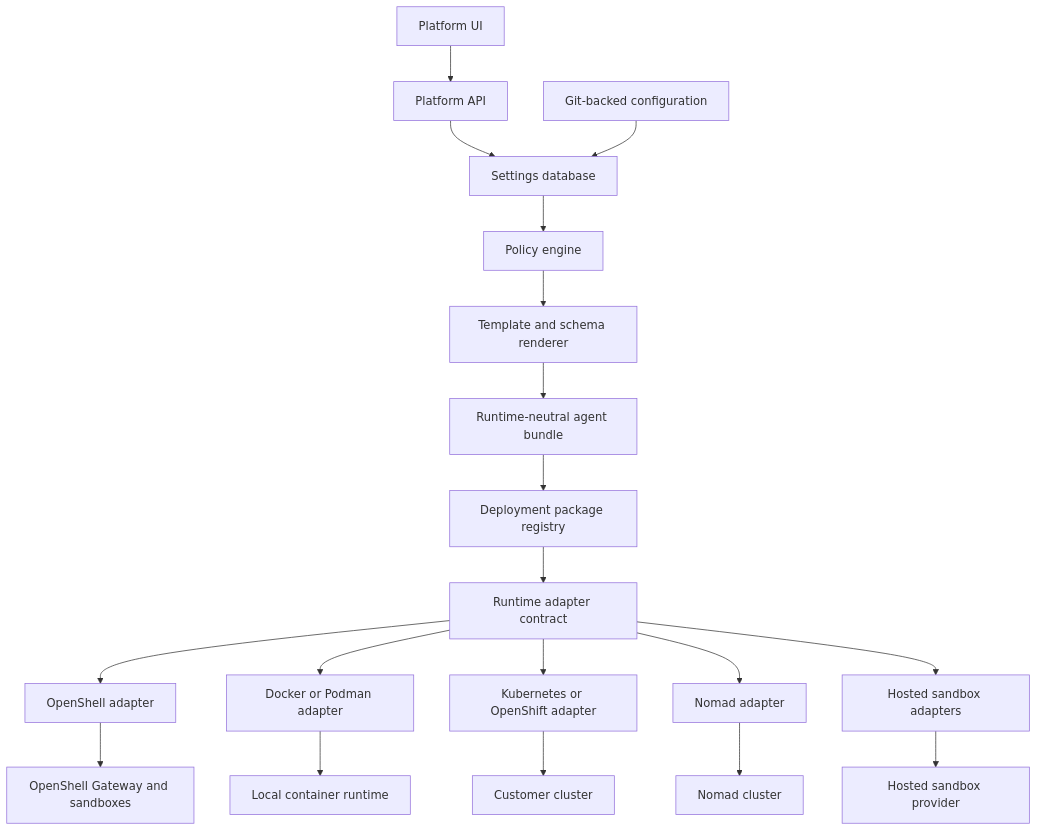
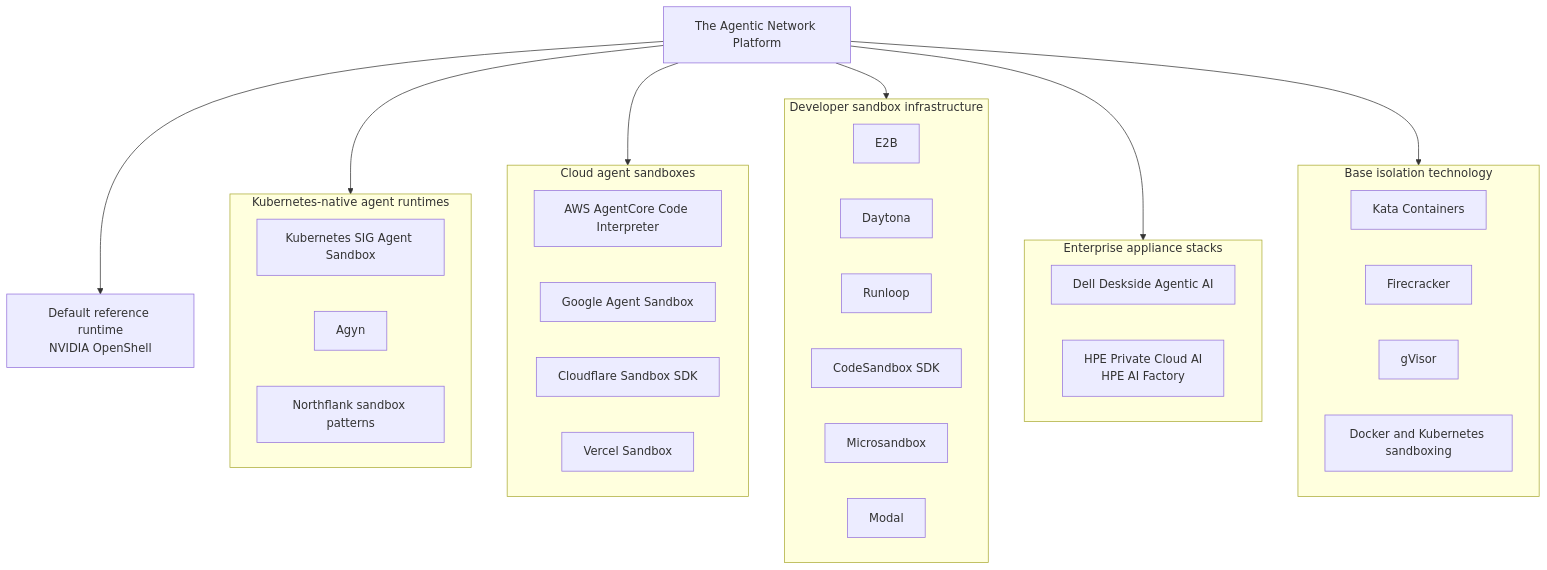
The first of 7 diagrams in docs/architecture/runtime-execution-environment-evaluation.md (ColtMercer/the-agentic-network-platform), drawn with Mermaid before and after one commit. The commit also changed other lines of this file and 1 other file, not shown here.

Commit message:
Update runtime competitor landscape

````diff
--- a/docs/architecture/runtime-execution-environment-evaluation.md
+++ b/docs/architecture/runtime-execution-environment-evaluation.md
@@ -71,45 +54,46 @@
 ```mermaid
 flowchart TB
-    ui["Platform UI"]
-    api["Platform API"]
-    settingsdb["Settings database"]
-    gitcfg["Git-backed configuration"]
-    policy["Policy engine"]
-    renderer["Template and schema renderer"]
-    bundle["Runtime-neutral agent bundle"]
-    registry["Deployment package registry"]
+    platform["The Agentic Network Platform"]
+    openshell["Default reference runtime<br/>NVIDIA OpenShell"]
 
-    adaptercore["Runtime adapter contract"]
-    openshelladapter["OpenShell adapter"]
-    localadapter["Docker or Podman adapter"]
-    k8sadapter["Kubernetes or OpenShift adapter"]
-    nomadadapter["Nomad adapter"]
-    hostedadapter["Hosted sandbox adapters"]
+    subgraph k8sNative["Kubernetes-native agent runtimes"]
+        sig["Kubernetes SIG Agent Sandbox"]
+        agyn["Agyn"]
+        northflank["Northflank sandbox patterns"]
+    end
 
-    openshell["OpenShell Gateway and sandboxes"]
-    local["Local container runtime"]
-    cluster["Customer cluster"]
-    nomad["Nomad cluster"]
-    hosted["Hosted sandbox provider"]
+    subgraph cloudSandboxes["Cloud agent sandboxes"]
+        aws["AWS AgentCore Code Interpreter"]
+        google["Google Agent Sandbox"]
+        cloudflare["Cloudflare Sandbox SDK"]
+        vercel["Vercel Sandbox"]
+    end
 
-    ui --> api
-    api --> settingsdb
-    gitcfg --> settingsdb
-    settingsdb --> policy
-    policy --> renderer
-    renderer --> bundle
-    bundle --> registry
-    registry --> adaptercore
+    subgraph devSandboxes["Developer sandbox infrastructure"]
+        e2b["E2B"]
+        daytona["Daytona"]
+        runloop["Runloop"]
+        codesandbox["CodeSandbox SDK"]
+        microsandbox["Microsandbox"]
+        modal["Modal"]
+    end
 
-    adaptercore --> openshelladapter
-    adaptercore --> localadapter
-    adaptercore --> k8sadapter
-    adaptercore --> nomadadapter
-    adaptercore --> hostedadapter
+    subgraph appliances["Enterprise appliance stacks"]
+        dell["Dell Deskside Agentic AI"]
+        hpe["HPE Private Cloud AI<br/>HPE AI Factory"]
+    end
 
-    openshelladapter --> openshell
-    localadapter --> local
-    k8sadapter --> cluster
-    nomadadapter --> nomad
-    hostedadapter --> hosted
+    subgraph substrates["Base isolation technology"]
+        kata["Kata Containers"]
+        firecracker["Firecracker"]
+        gvisor["gVisor"]
+        dockerk8s["Docker and Kubernetes sandboxing"]
+    end
+
+    platform --> openshell
+    platform --> k8sNative
+    platform --> cloudSandboxes
+    platform --> devSandboxes
+    platform --> appliances
+    platform --> substrates
 ```
````
